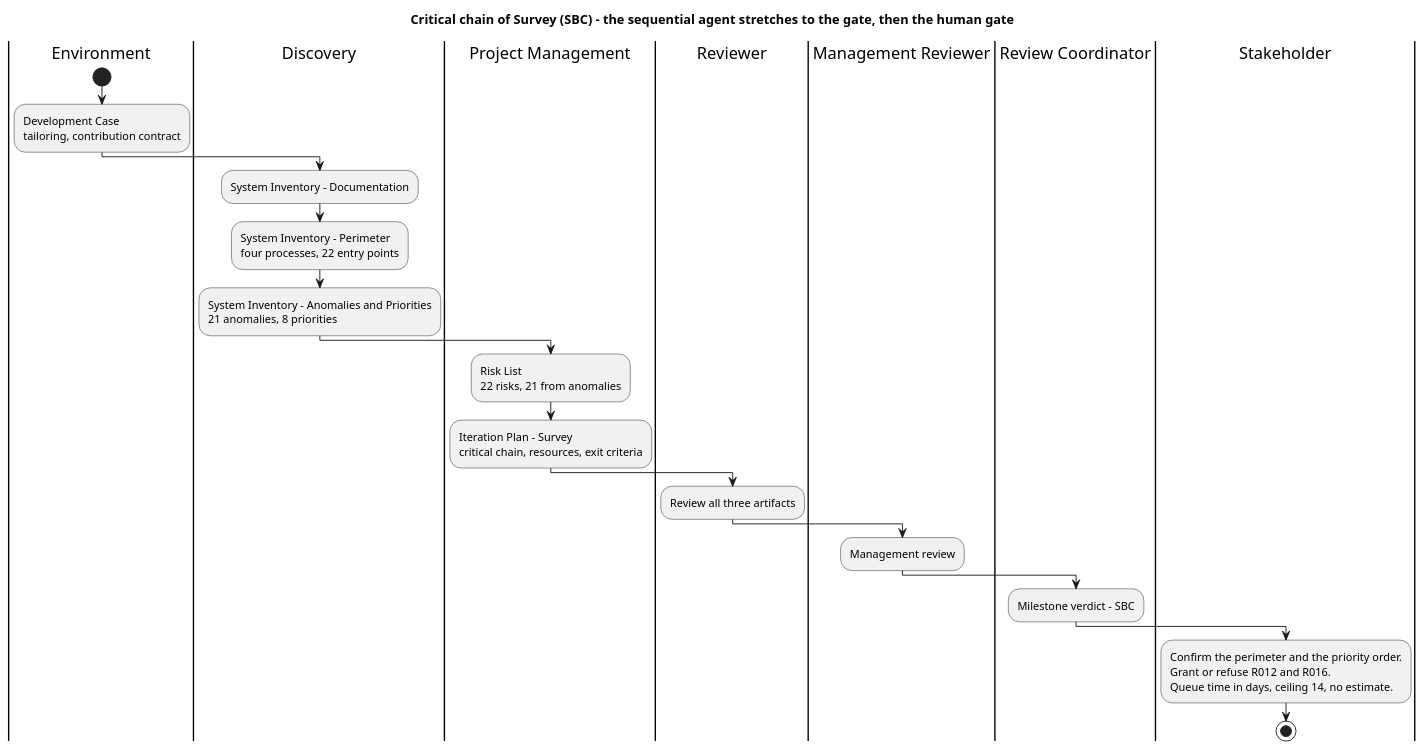
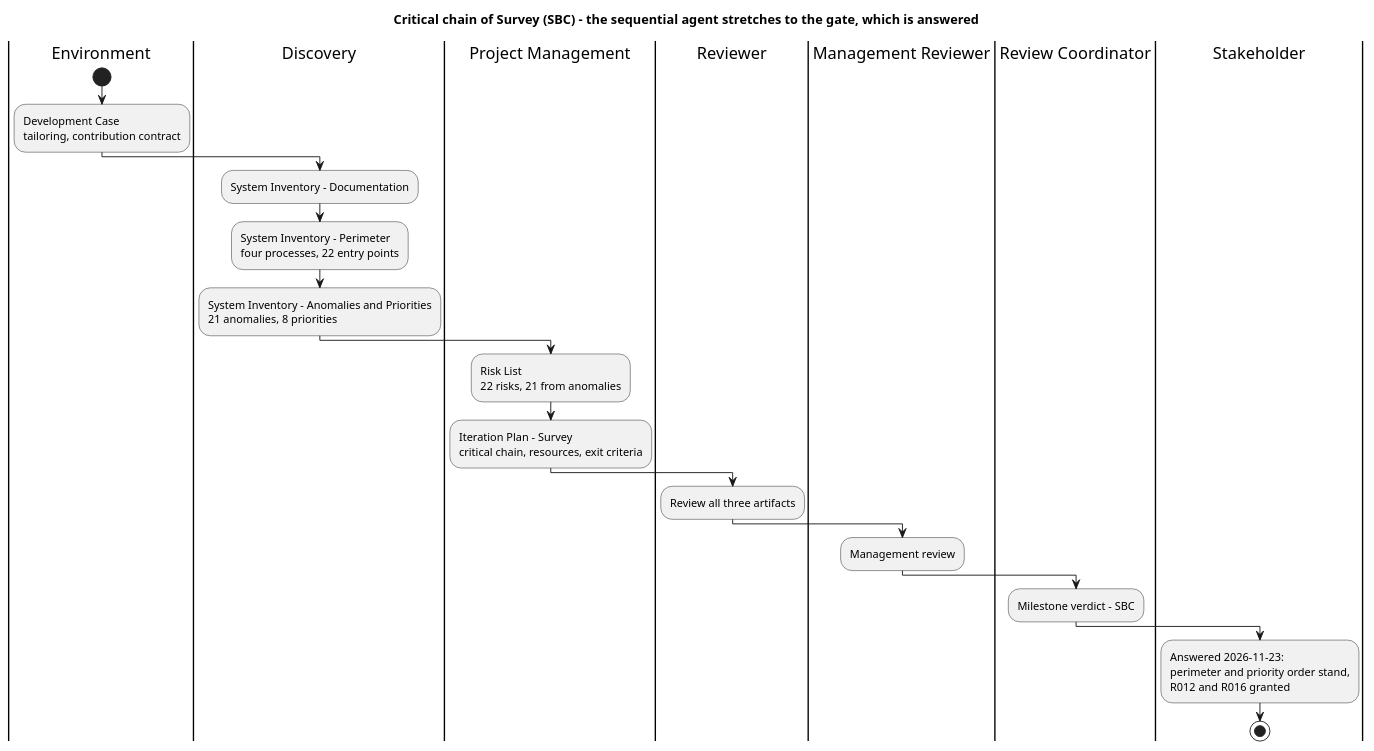
One commit to banense-test/TodoApp changed the second of 2 diagrams in docs/artifacts/project-management/iteration-plan.md. Above: the diagram before and after it, drawn with PlantUML. The commit also changed other lines of this file, not shown here.

First line of the commit message:
Project Manager [Survey1]: upsert Iteration Plan

````diff
--- a/docs/artifacts/project-management/iteration-plan.md
+++ b/docs/artifacts/project-management/iteration-plan.md
@@ -81,40 +82,40 @@
 ```plantuml
 @startuml
-title Critical chain of Survey (SBC) - the sequential agent stretches to the gate, then the human gate
+title Critical chain of Survey (SBC) - the sequential agent stretches to the gate, which is answered
 
 skinparam shadowing false
 
 |Environment|
 start
 :Development Case
 tailoring, contribution contract;
 
 |Discovery|
 :System Inventory - Documentation;
 :System Inventory - Perimeter
 four processes, 22 entry points;
 :System Inventory - Anomalies and Priorities
 21 anomalies, 8 priorities;
 
 |Project Management|
 :Risk List
 22 risks, 21 from anomalies;
 :Iteration Plan - Survey
 critical chain, resources, exit criteria;
 
 |Reviewer|
 :Review all three artifacts;
 
 |Management Reviewer|
 :Management review;
 
 |Review Coordinator|
 :Milestone verdict - SBC;
 
 |Stakeholder|
-:Confirm the perimeter and the priority order.
-Grant or refuse R012 and R016.
-Queue time in days, ceiling 14, no estimate.;
+:Answered 2026-11-23:
+perimeter and priority order stand,
+R012 and R016 granted;
 stop
 @enduml
 ```
````
